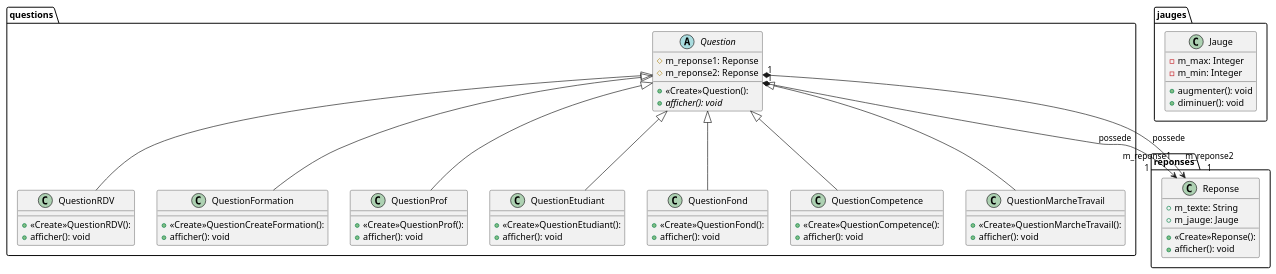
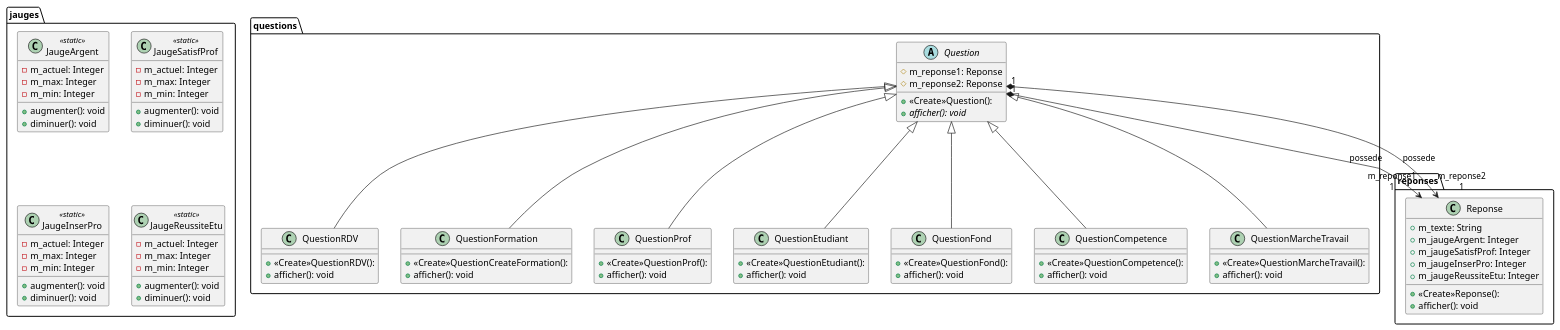
Before and after one commit to Dimensio305/serious-game-university-simulator: the diagram in umlV1.puml, drawn with PlantUML.

Commit message:
creation des jauges dans umlv1

```diff
--- a/umlV1.puml
+++ b/umlV1.puml
@@ -1,76 +1,107 @@
 @startuml umlV1.puml
 package questions {
     abstract class Question {
         #m_reponse1: Reponse
         #m_reponse2: Reponse
 
         +<<Create>>Question():
         +{abstract} afficher(): void
     }
     
     class QuestionRDV extends Question {
 
         +<<Create>>QuestionRDV():
         +afficher(): void
     }
 
     class QuestionFormation extends Question {
 
         +<<Create>>QuestionCreateFormation():
         +afficher(): void
     }
 
     class QuestionProf extends Question {
 
         +<<Create>>QuestionProf():
         +afficher(): void
     }
 
     class QuestionEtudiant extends Question {
 
         +<<Create>>QuestionEtudiant():
         +afficher(): void
     }
 
     class QuestionFond extends Question {
 
         +<<Create>>QuestionFond():
         +afficher(): void
     }
 
     class QuestionCompetence extends Question {
 
         +<<Create>>QuestionCompetence():
         +afficher(): void
     }
 
     class QuestionMarcheTravail extends Question {
 
         +<<Create>>QuestionMarcheTravail():
         +afficher(): void
     }
 }
 package reponses
 {
     class Reponse {
         +m_texte: String
-        +m_jauge: Jauge
+        +m_jaugeArgent: Integer
+        +m_jaugeSatisfProf: Integer
+        +m_jaugeInserPro: Integer
+        +m_jaugeReussiteEtu: Integer
 
         +<<Create>>Reponse():
         +afficher(): void
     }
 }
 package jauges {
-    class Jauge {
+    class JaugeArgent <<static>> {
+        -m_actuel: Integer
+        -m_max: Integer
+        -m_min: Integer
+
+        +augmenter(): void
+        +diminuer(): void
+    }
+
+    class JaugeSatisfProf <<static>> {
+        -m_actuel: Integer
+        -m_max: Integer
+        -m_min: Integer
+
+        +augmenter(): void
+        +diminuer(): void
+    }
+
+    class JaugeInserPro <<static>> {
+        -m_actuel: Integer
+        -m_max: Integer
+        -m_min: Integer
+
+        +augmenter(): void
+        +diminuer(): void
+    }
+
+    class JaugeReussiteEtu <<static>> {
+        -m_actuel: Integer
         -m_max: Integer
         -m_min: Integer
 
         +augmenter(): void
         +diminuer(): void
     }
 
 }
 
 Question "1" *-->"m_reponse1\n1"Reponse : possede
 Question "1" *-->"m_reponse2\n1"Reponse : possede
 @enduml
```
